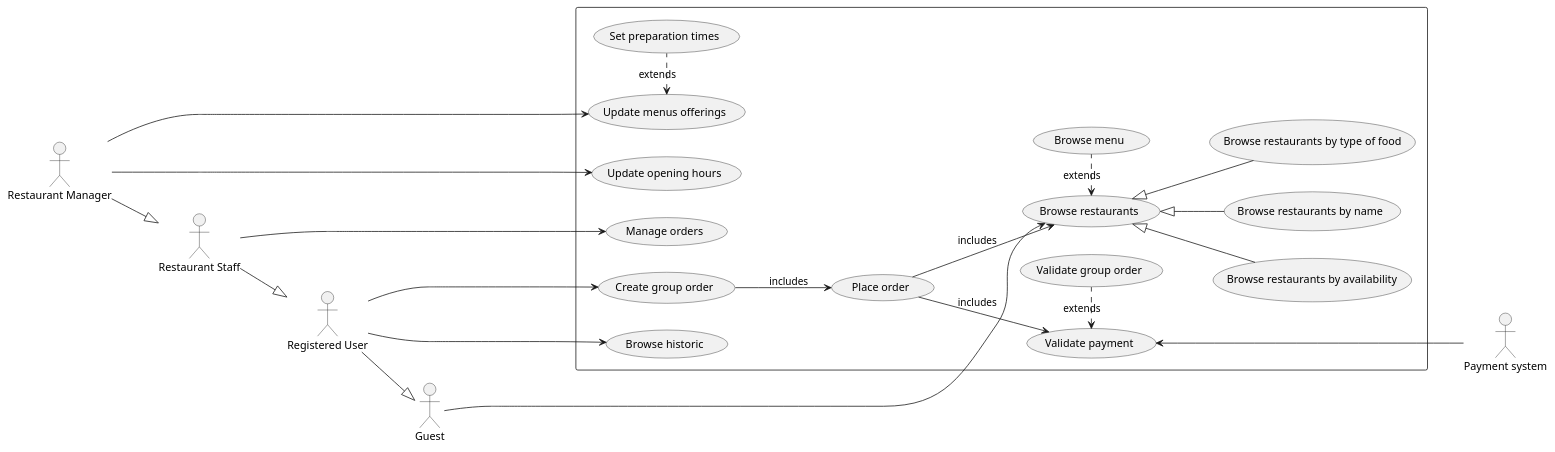
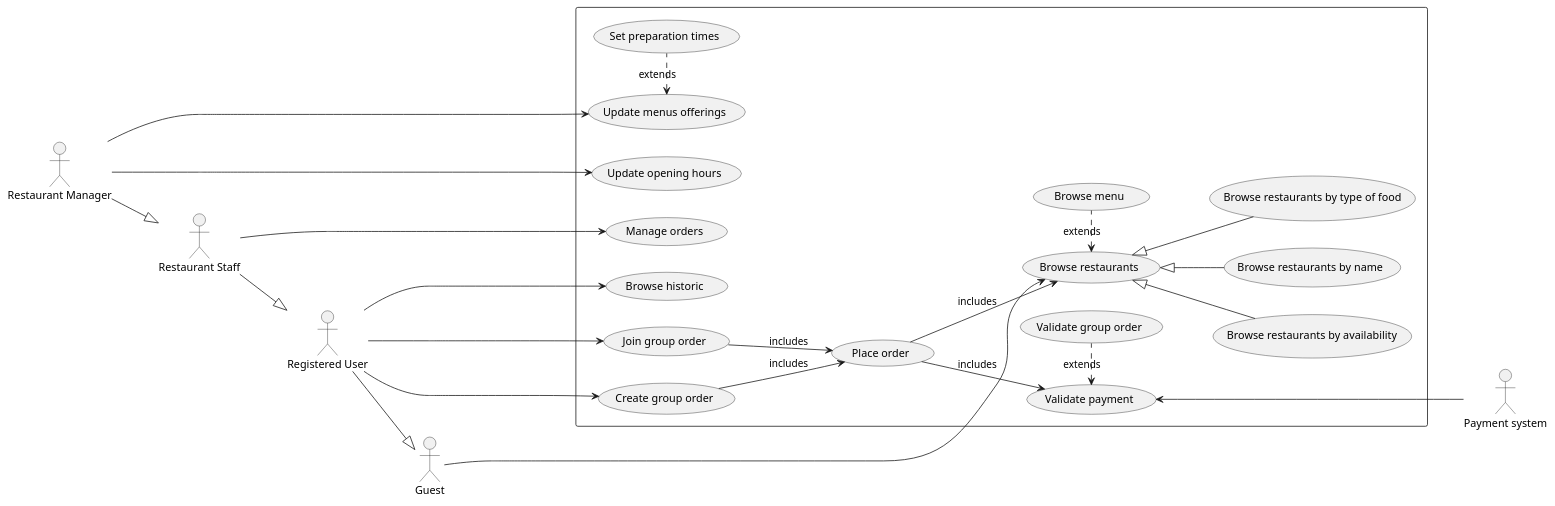
One commit to Other-Project/SI4-STEats changed the first of 4 diagrams in doc/uml.md. Above: the diagram before and after it, drawn with PlantUML. The commit also changed other lines of this file, not shown here.

Commit message:
docs(#5): UC diagram

````diff
--- a/doc/uml.md
+++ b/doc/uml.md
@@ -30,47 +30,50 @@
 ```plantuml
 @startuml
 left to right direction
 actor "Restaurant Manager" as manager
 actor "Restaurant Staff" as restaurant
 actor "Registered User" as registered_user
 actor "Guest" as guest
 actor "Payment system" as payment_system
 rectangle {
   usecase "Browse restaurants" as UC1
   usecase "Browse restaurants by name" as UC1A
   usecase "Browse restaurants by type of food" as UC1B
   usecase "Browse restaurants by availability" as UC1C
   usecase "Browse menu" as UC2
   usecase "Update opening hours" as UC10
   usecase "Update menus offerings" as UC20
   usecase "Set preparation times" as UC30
   usecase "Manage orders" as UC40
   usecase "Place order" as UC3
   usecase "Create group order" as UC4
+  usecase "Join group order" as UC4b
   usecase "Validate group order" as UC5
   usecase "Browse historic" as UC6
   usecase "Validate payment" as UC7
 }
 manager --|> restaurant
 restaurant --|> registered_user
 registered_user --|> guest
 guest ------> UC1
 UC1 <. UC2 : extends
 UC1 <|-- UC1A
 UC1 <|-- UC1B
 UC1 <|-- UC1C
  
 UC3 --> UC1 : includes
 registered_user ---> UC4 
+registered_user ---> UC4b
 registered_user ---> UC6
 UC4 --> UC3 : includes
+UC4b --> UC3 : includes
 UC3 --> UC7 : includes
 UC7 <. UC5 : extends
 UC7 <--- payment_system
 
 restaurant --> UC40
 manager --> UC10
 manager --> UC20
 UC20 <. UC30 : extends
 @enduml
 ```
````
